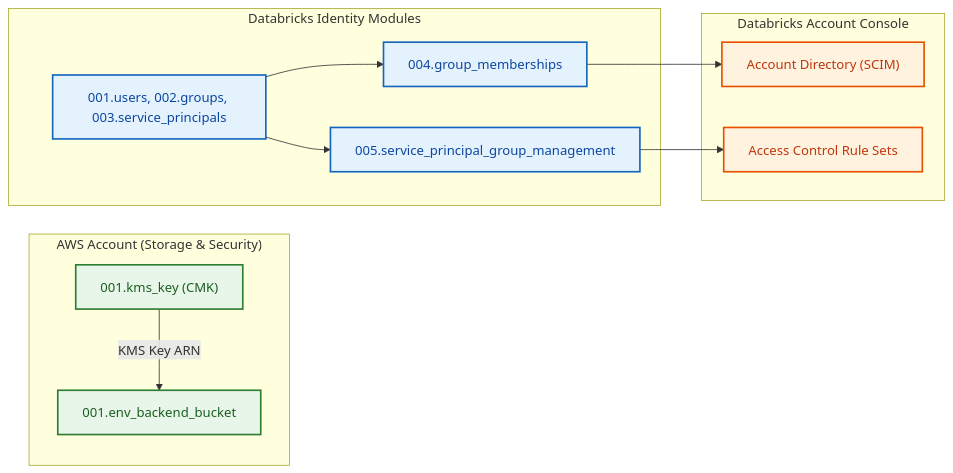
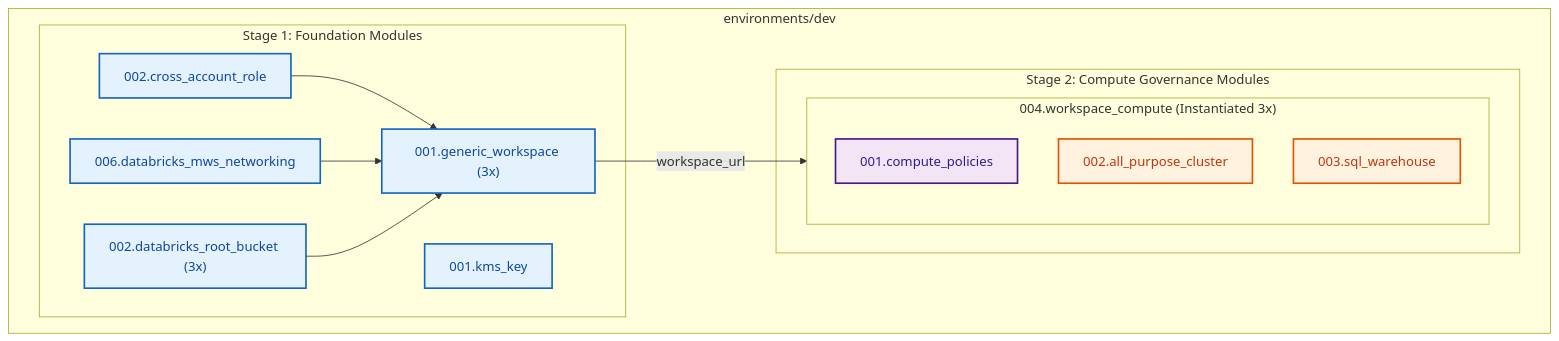
The second of 2 diagrams in environments/dev/README.md (MikolajSedek/databricks_aws_deployment_03_workspaces_and_compute), drawn with Mermaid before and after one commit. The commit also changed other lines of this file and 68 other files, not shown here.

Commit message:
new modules + dev environment setup

````diff
--- a/environments/dev/README.md
+++ b/environments/dev/README.md
@@ -109,28 +127,29 @@
 ```mermaid
-flowchart LR
-    classDef state fill:#E8F5E9,stroke:#2E7D32,stroke-width:2px,color:#1B5E20;
-    classDef idModule fill:#E3F2FD,stroke:#1565C0,stroke-width:2px,color:#0D47A1;
-    classDef dbx fill:#FFF3E0,stroke:#E65100,stroke-width:2px,color:#BF360C;
+flowchart TD
+    classDef infra fill:#E3F2FD,stroke:#1565C0,stroke-width:2px,color:#0D47A1;
+    classDef compute fill:#FFF3E0,stroke:#E65100,stroke-width:2px,color:#BF360C;
+    classDef policy fill:#F3E5F5,stroke:#4A148C,stroke-width:2px,color:#311B92;
 
-    subgraph AWSAccount ["AWS Account (Storage & Security)"]
-        KMS["001.kms_key (CMK)"]:::state
-        S3Bucket["001.env_backend_bucket"]:::state
+    subgraph DevEnv ["environments/dev"]
+        subgraph Stage1Modules ["Stage 1: Foundation Modules"]
+            KmsKey["001.kms_key"]:::infra
+            CrossAccount["002.cross_account_role"]:::infra
+            Networking["006.databricks_mws_networking"]:::infra
+            RootBuckets["002.databricks_root_bucket (3x)"]:::infra
+            WorkspacesMod["001.generic_workspace (3x)"]:::infra
+        end
+
+        subgraph Stage2Modules ["Stage 2: Compute Governance Modules"]
+            subgraph CompositeCompute ["004.workspace_compute (Instantiated 3x)"]
+                Policies["001.compute_policies"]:::policy
+                Clusters["002.all_purpose_cluster"]:::compute
+                SQLWarehouses["003.sql_warehouse"]:::compute
+            end
+        end
+
+        CrossAccount --> WorkspacesMod
+        Networking --> WorkspacesMod
+        RootBuckets --> WorkspacesMod
+        WorkspacesMod -->|"workspace_url"| CompositeCompute
     end
-
-    subgraph DatabricksModules ["Databricks Identity Modules"]
-        CoreIds["001.users, 002.groups, 003.service_principals"]:::idModule
-        Memberships["004.group_memberships"]:::idModule
-        SpMgmt["005.service_principal_group_management"]:::idModule
-    end
-
-    subgraph DatabricksAccount ["Databricks Account Console"]
-        Directory["Account Directory (SCIM)"]:::dbx
-        RuleSets["Access Control Rule Sets"]:::dbx
-    end
-
-    KMS -->|"KMS Key ARN"| S3Bucket
-    CoreIds --> Memberships
-    CoreIds --> SpMgmt
-    Memberships --> Directory
-    SpMgmt --> RuleSets
 ```
````
